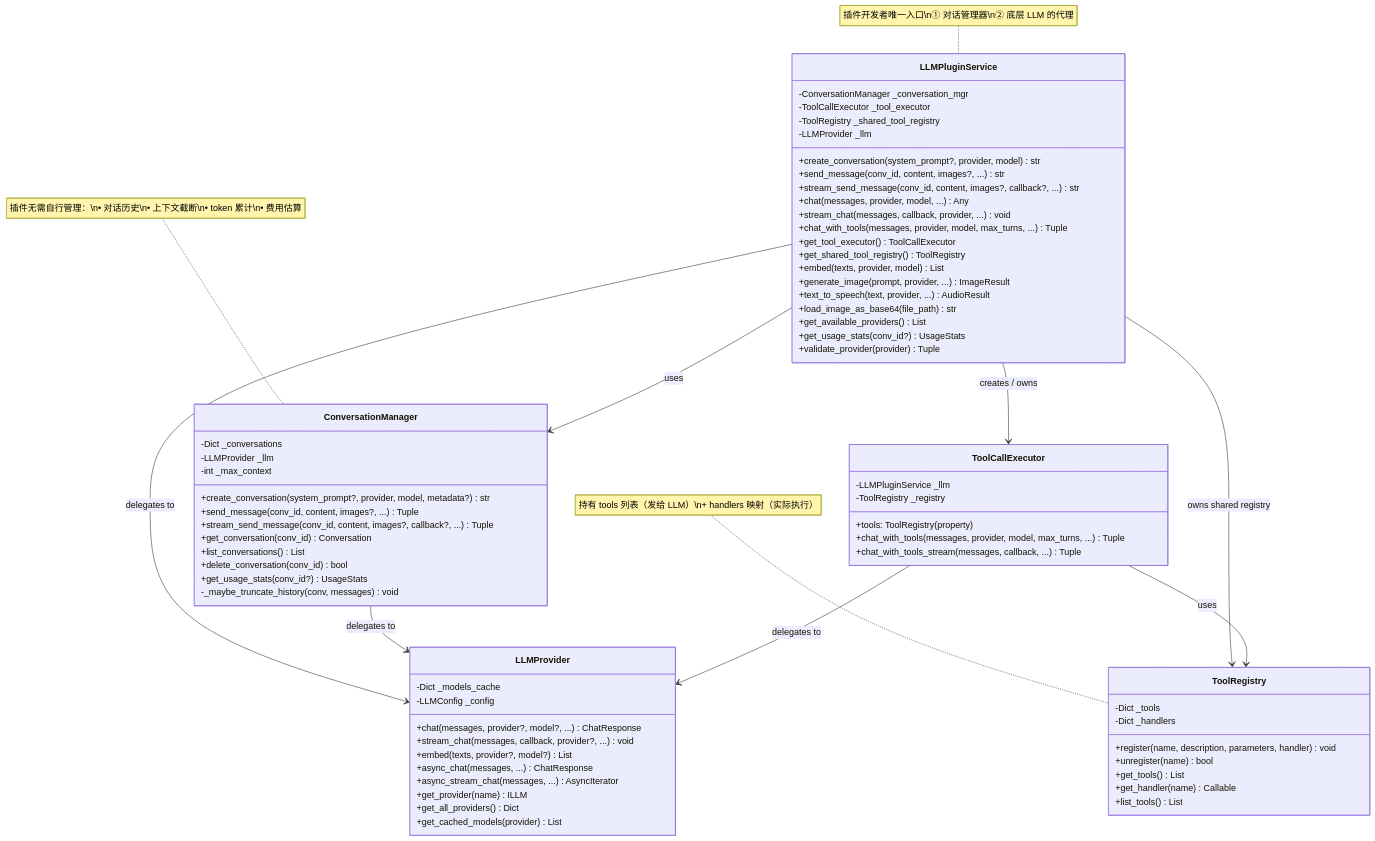
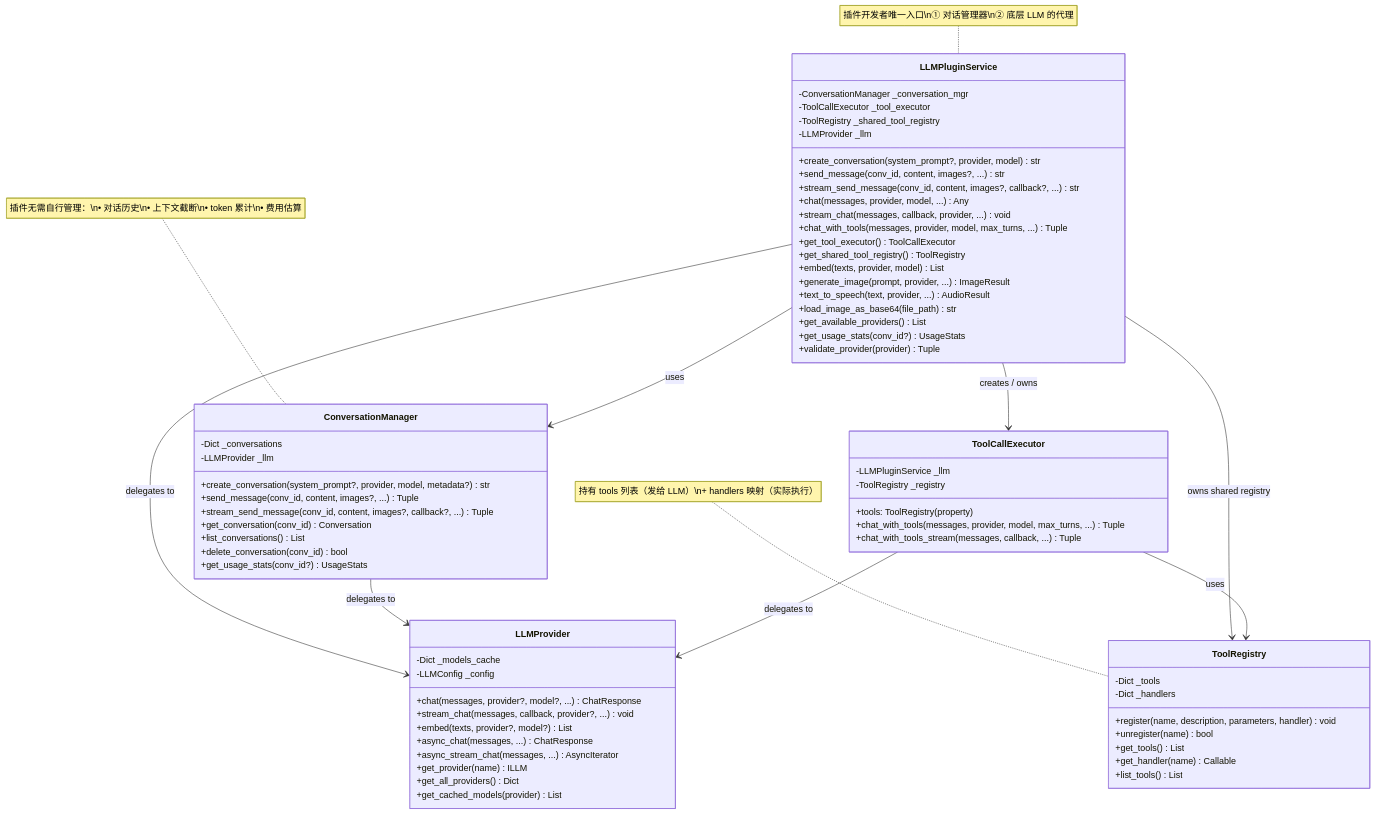
One commit to KKPIP-Tech/InstructionX changed the third of 8 diagrams in docs/core/llm-provider/api-reference.md. Above: the diagram before and after it, drawn with Mermaid. The commit also changed other lines of this file and 7 other files, not shown here.

```diff
--- a/docs/core/llm-provider/api-reference.md
+++ b/docs/core/llm-provider/api-reference.md
@@ -1141,7 +1140,6 @@
     class ConversationManager {
         -Dict _conversations
         -LLMProvider _llm
-        -int _max_context
         +create_conversation(system_prompt?, provider, model, metadata?) str
         +send_message(conv_id, content, images?, ...) Tuple
         +stream_send_message(conv_id, content, images?, callback?, ...) Tuple
@@ -1149,7 +1147,6 @@
         +list_conversations() List
         +delete_conversation(conv_id) bool
         +get_usage_stats(conv_id?) UsageStats
-        -_maybe_truncate_history(conv, messages) void
     }
 
     class ToolCallExecutor {
```
